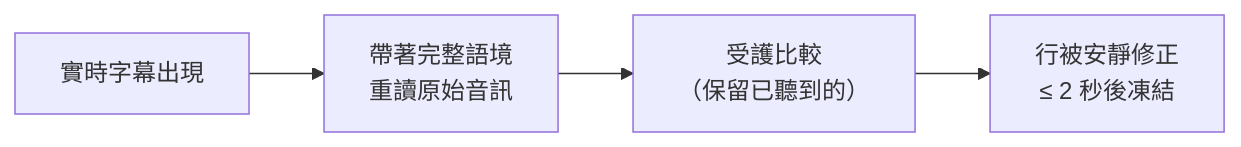
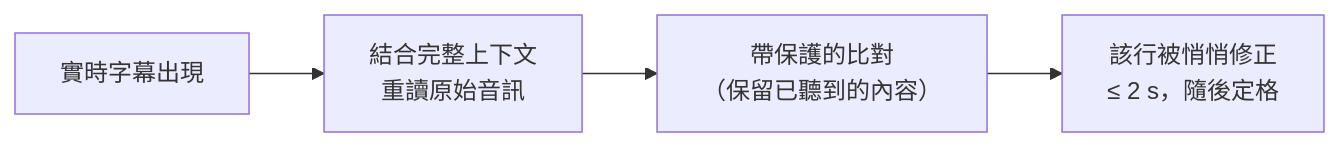
One commit to rpalm01-star/VigilantEarLegal changed the third of 4 diagrams in README_zh-Hant.md. Above: the diagram before and after it, drawn with Mermaid. The commit also changed other lines of this file and 29 other files, not shown here.

````diff
--- a/README_zh-Hant.md
+++ b/README_zh-Hant.md
@@ -149,4 +157,4 @@
 ```mermaid
 graph LR
-    L["實時字幕出現"] --> K["帶著完整語境<br/>重讀原始音訊"] --> V["受護比較<br/>（保留已聽到的）"] --> W["行被安靜修正<br/>≤ 2 秒後凍結"]
+    L["實時字幕出現"] --> K["結合完整上下文<br/>重讀原始音訊"] --> V["帶保護的比對<br/>（保留已聽到的內容）"] --> W["該行被悄悄修正<br/>≤ 2 s，隨後定格"]
 ```
````
